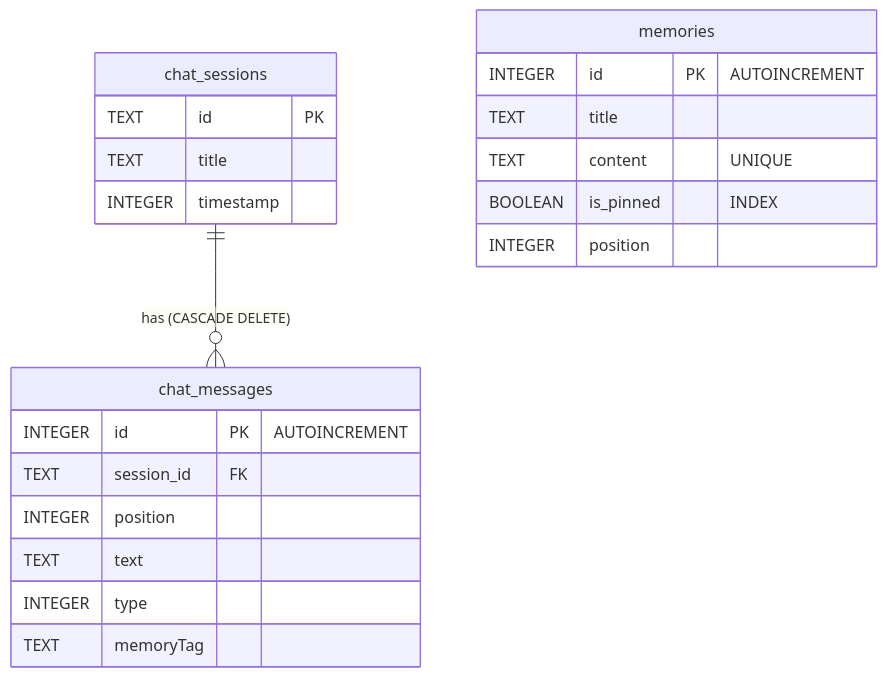
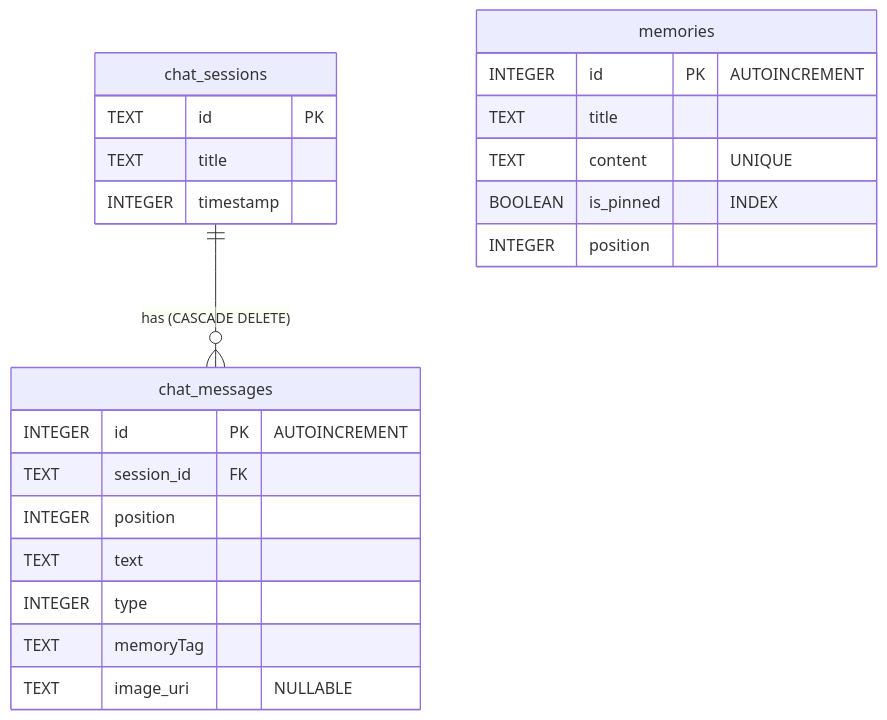
Before and after one commit to K7SUNNY/Nex_V1: the diagram in docs/database_design.md, drawn with Mermaid. The commit also changed other lines of this file and 6 other files, not shown here.

Commit message:
docs: add comprehensive documentation for architecture, database schema, and native JNI integration, and update version properties.

````diff
--- a/docs/database_design.md
+++ b/docs/database_design.md
@@ -11,25 +11,26 @@
 ```mermaid
 erDiagram
     chat_sessions {
         TEXT id PK
         TEXT title
         INTEGER timestamp
     }
     chat_messages {
         INTEGER id PK "AUTOINCREMENT"
         TEXT session_id FK
         INTEGER position
         TEXT text
         INTEGER type
         TEXT memoryTag
+        TEXT image_uri "NULLABLE"
     }
     memories {
         INTEGER id PK "AUTOINCREMENT"
         TEXT title
         TEXT content "UNIQUE"
         BOOLEAN is_pinned "INDEX"
         INTEGER position
     }
 
     chat_sessions ||--o{ chat_messages : "has (CASCADE DELETE)"
 ```
````
